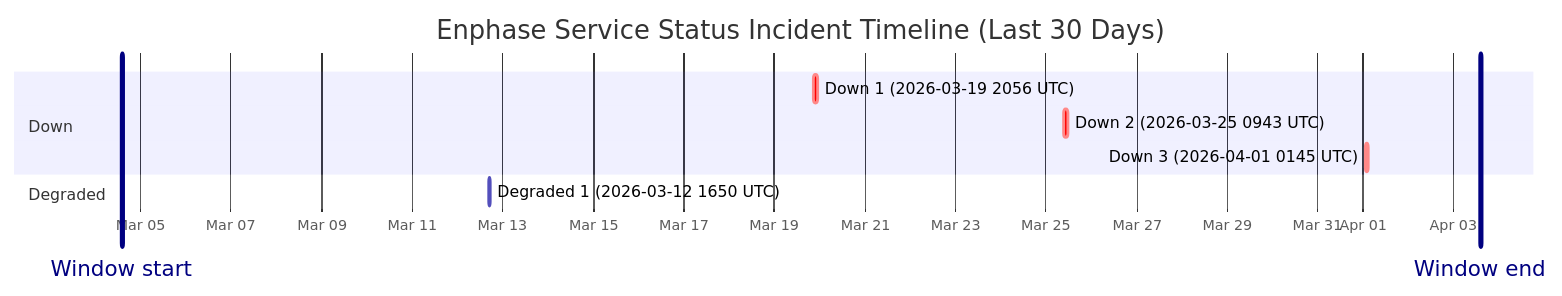
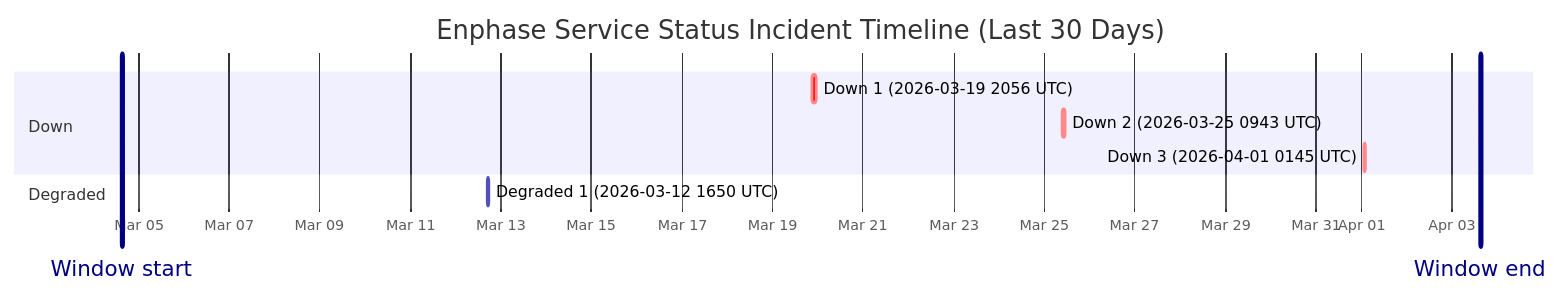
One commit to barneyonline/ha-enphase-ev-charger changed the diagram in wiki/Service-Status-History.md. Above: the diagram before and after it, drawn with Mermaid. The commit also changed other lines of this file and 3 other files, not shown here.

````diff
--- a/wiki/Service-Status-History.md
+++ b/wiki/Service-Status-History.md
@@ -14,14 +14,14 @@
 ```mermaid
 gantt
     title Enphase Service Status Incident Timeline (Last 30 Days)
     dateFormat  YYYY-MM-DDTHH:mm:ss
     axisFormat  %b %d
-    Window start :vert, window-start, 2026-03-04T14:11:37, 0ms
-    Window end :vert, window-end, 2026-04-03T14:11:37, 0ms
+    Window start :vert, window-start, 2026-03-04T15:08:31, 0ms
+    Window end :vert, window-end, 2026-04-03T15:08:31, 0ms
     section Down
     Down 1 (2026-03-19 2056 UTC) :crit, down-1, 2026-03-19T20:56:20, 145m
     Down 2 (2026-03-25 0943 UTC) :crit, down-2, 2026-03-25T09:43:28, 111m
     Down 3 (2026-04-01 0145 UTC) :crit, down-3, 2026-04-01T01:45:09, 60m
     section Degraded
     Degraded 1 (2026-03-12 1650 UTC) :active, degraded-1, 2026-03-12T16:50:43, 60m
 ```
````
